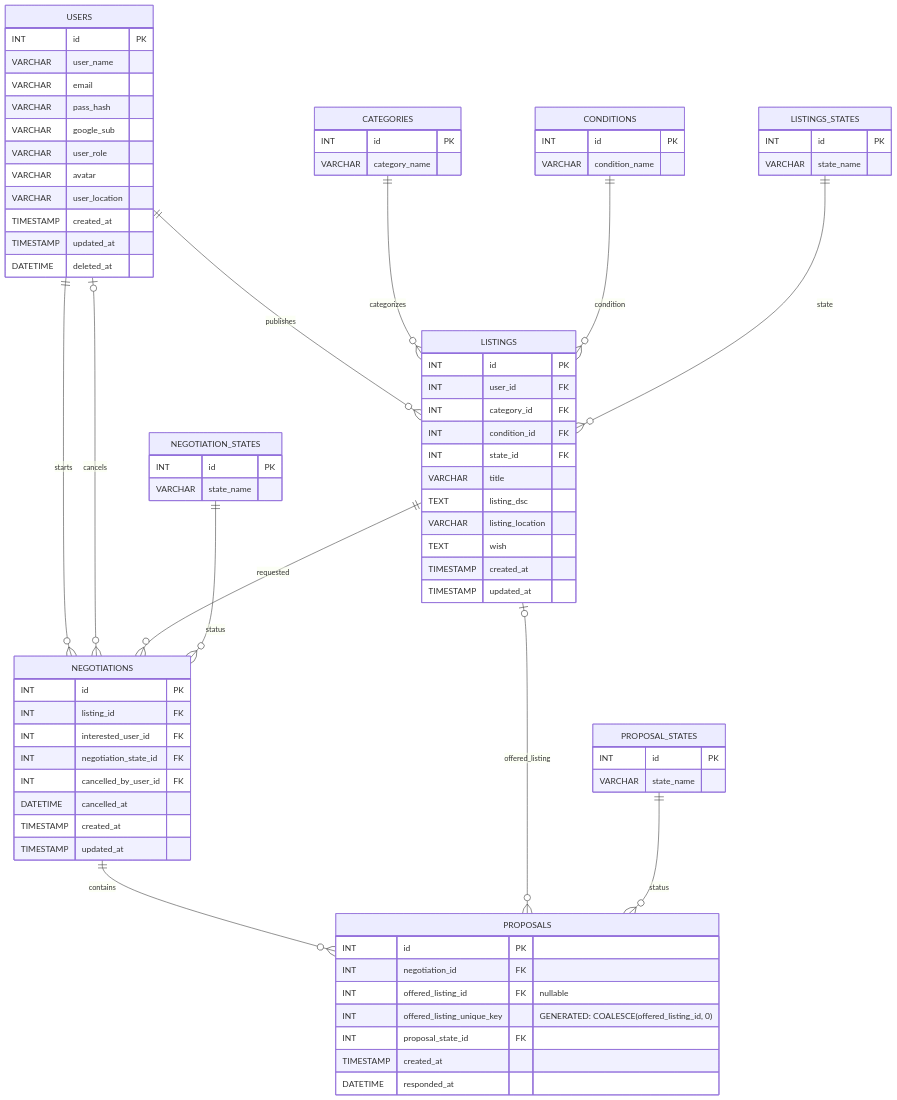
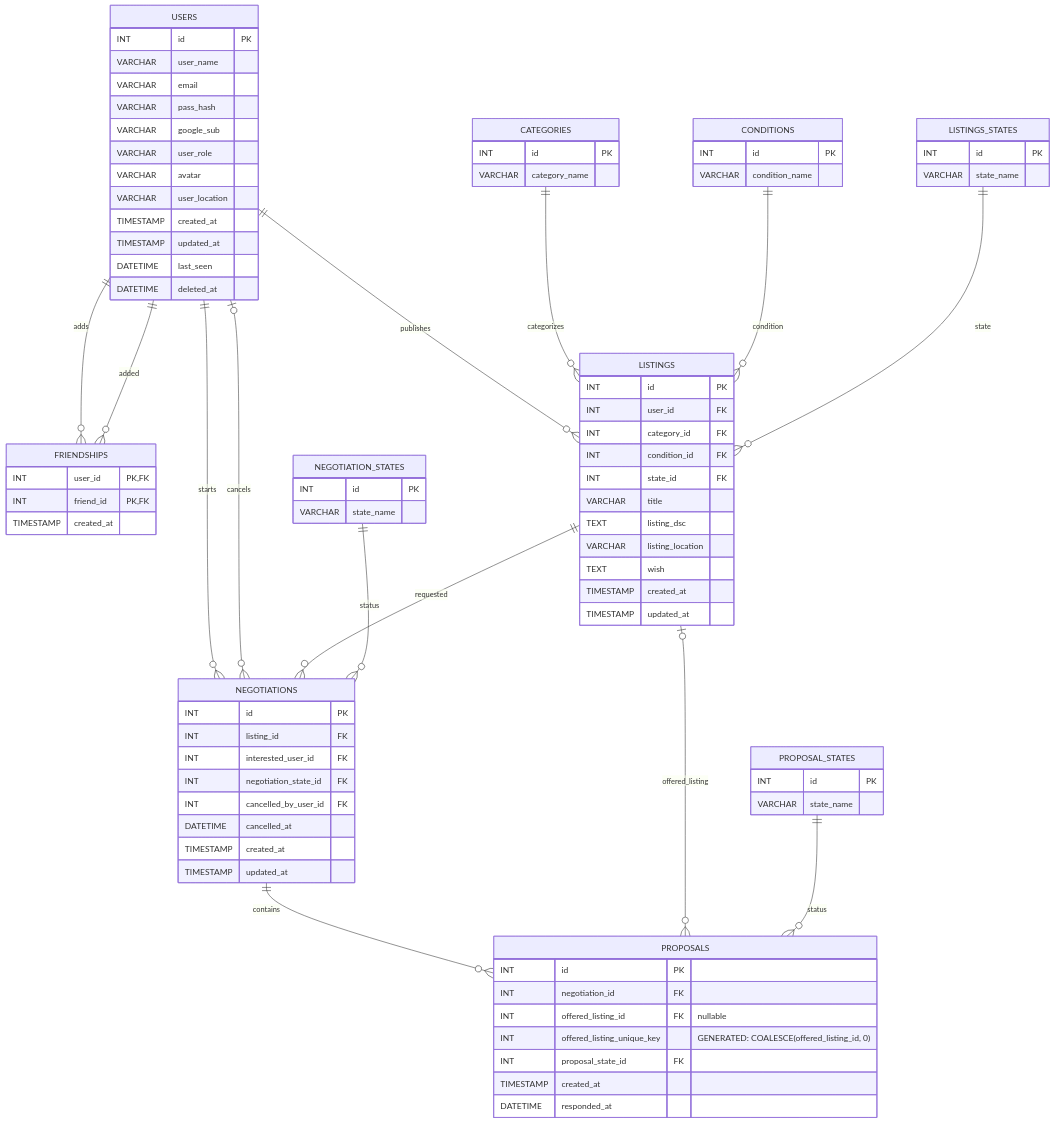
One commit to djunho/daka changed the first of 2 diagrams in srcs/services/mariadb/dakaERD.md. Above: the diagram before and after it, drawn with Mermaid. The commit also changed other lines of this file and 3 other files, not shown here.

```diff
--- a/srcs/services/mariadb/dakaERD.md
+++ b/srcs/services/mariadb/dakaERD.md
@@ -16,7 +16,14 @@
         VARCHAR user_location
         TIMESTAMP created_at
         TIMESTAMP updated_at
+        DATETIME last_seen
         DATETIME deleted_at
+    }
+
+    FRIENDSHIPS {
+        INT user_id PK,FK
+        INT friend_id PK,FK
+        TIMESTAMP created_at
     }
 
     CATEGORIES {
@@ -80,6 +87,8 @@
     }
 
     USERS ||--o{ LISTINGS : publishes
+    USERS ||--o{ FRIENDSHIPS : adds
+    USERS ||--o{ FRIENDSHIPS : added
     CATEGORIES ||--o{ LISTINGS : categorizes
     CONDITIONS ||--o{ LISTINGS : condition
     LISTINGS_STATES ||--o{ LISTINGS : state
```
